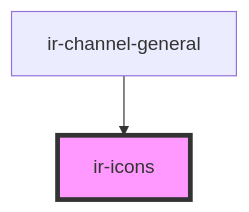
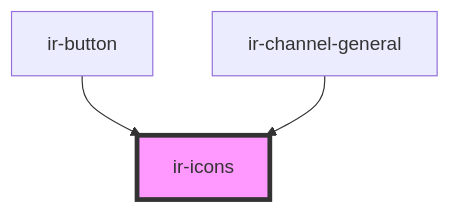
One commit to RonyRizk/ir-webcmp changed the diagram in src/components/ui/ir-icons/readme.md. Above: the diagram before and after it, drawn with Mermaid. The commit also changed other lines of this file and 86 other files, not shown here.

````diff
--- a/src/components/ui/ir-icons/readme.md
+++ b/src/components/ui/ir-icons/readme.md
@@ -23,5 +24,6 @@
 ```mermaid
 graph TD;
+  ir-button --> ir-icons
   ir-channel-general --> ir-icons
   style ir-icons fill:#f9f,stroke:#333,stroke-width:4px
 ```
````
